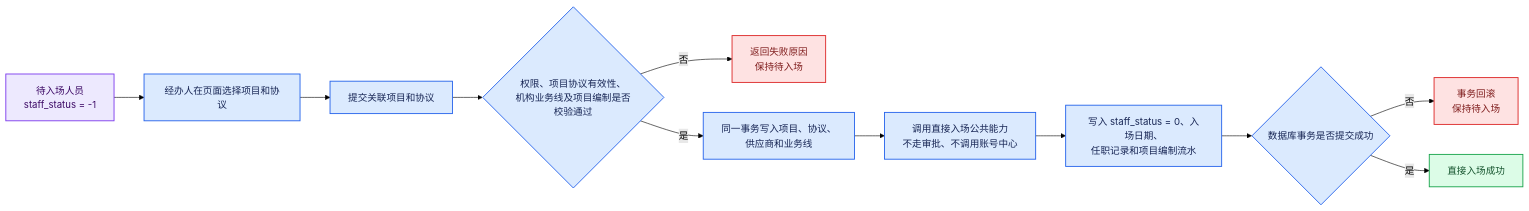
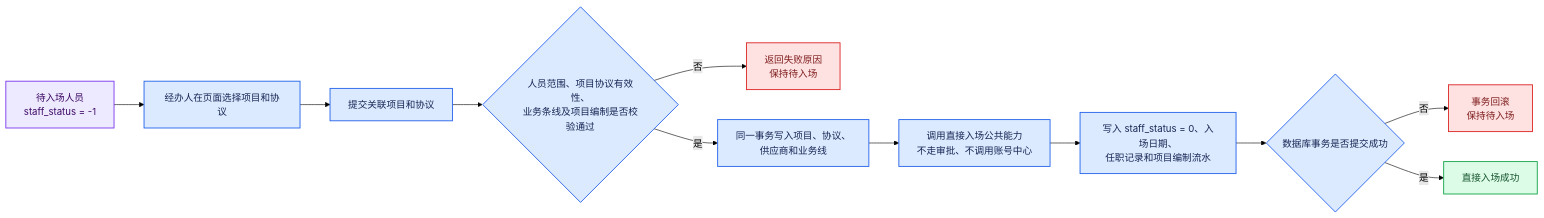
Before and after one commit to yunyunafyke-sketch/quartz-personal-blog: the third of 4 diagrams in content/中华财险-公司项目/hrms（大型人力资源外包管理系统）/需求-系分/3.用工模式调整0917/内部人员转外包用工系统需求-系分.md, drawn with Mermaid (forest theme). The commit also changed other lines of this file and 3 other files, not shown here.

````diff
--- a/content/中华财险-公司项目/hrms（大型人力资源外包管理系统）/需求-系分/3.用工模式调整0917/内部人员转外包用工系统需求-系分.md
+++ b/content/中华财险-公司项目/hrms（大型人力资源外包管理系统）/需求-系分/3.用工模式调整0917/内部人员转外包用工系统需求-系分.md
@@ -243,22 +243,22 @@
 ```mermaid
 flowchart LR
     A[待入场人员<br/>staff_status = -1] --> B[经办人在页面选择项目和协议]
     B --> C[提交关联项目和协议]
-    C --> D{权限、项目协议有效性、<br/>机构业务线及项目编制是否校验通过}
+    C --> D{人员范围、项目协议有效性、<br/>业务条线及项目编制是否校验通过}
     D -->|否| X[返回失败原因<br/>保持待入场]
     D -->|是| E[同一事务写入项目、协议、<br/>供应商和业务线]
     E --> F[调用直接入场公共能力<br/>不走审批、不调用账号中心]
     F --> G[写入 staff_status = 0、入场日期、<br/>任职记录和项目编制流水]
     G --> H{数据库事务是否提交成功}
     H -->|否| Y[事务回滚<br/>保持待入场]
     H -->|是| I[直接入场成功]
 
     classDef waitEntry fill:#EDE9FE,stroke:#7C3AED,color:#3B0764,stroke-width:1.5px;
     classDef operation fill:#DBEAFE,stroke:#2563EB,color:#172554,stroke-width:1.5px;
     classDef success fill:#DCFCE7,stroke:#16A34A,color:#14532D,stroke-width:1.5px;
     classDef failure fill:#FEE2E2,stroke:#DC2626,color:#7F1D1D,stroke-width:1.5px;
     class A waitEntry;
     class B,C,D,E,F,G,H operation;
     class I success;
     class X,Y failure;
 ```
````
